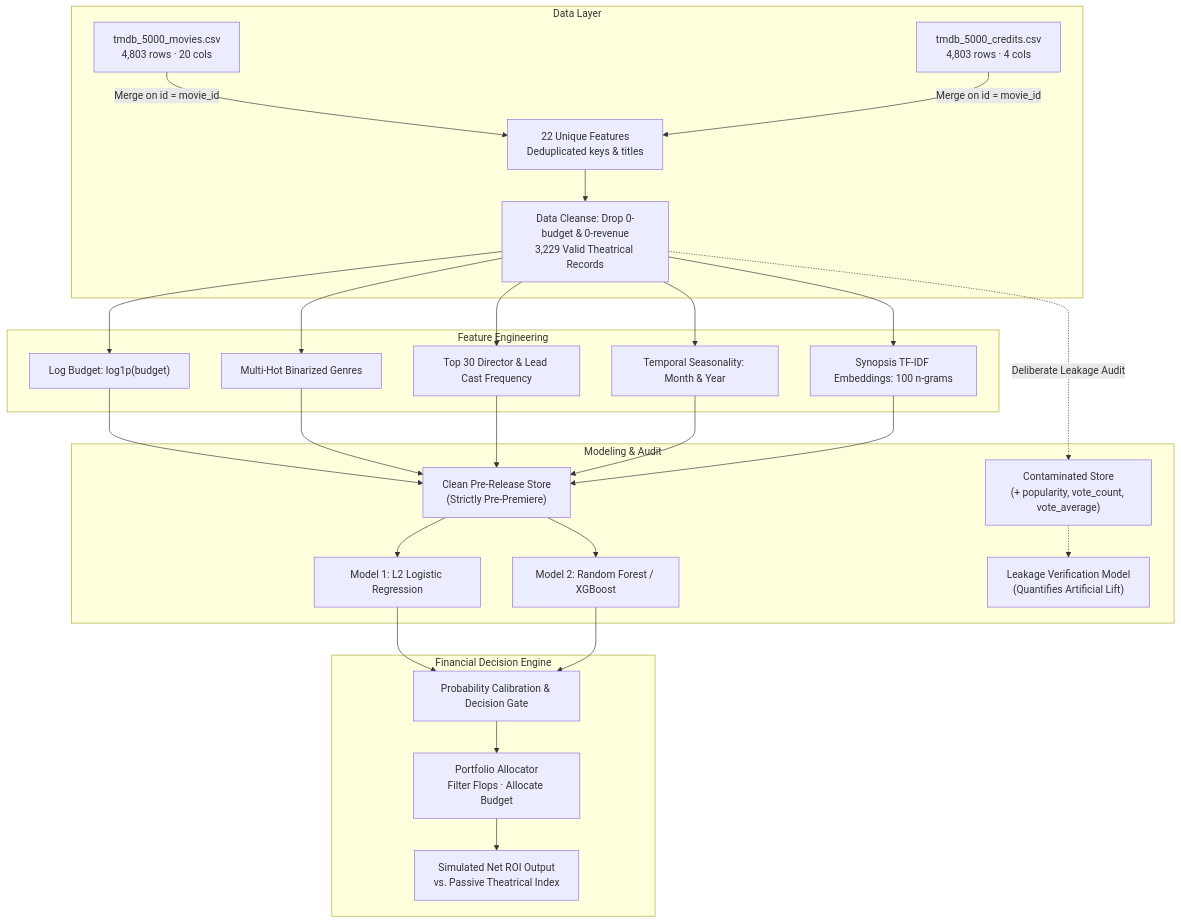
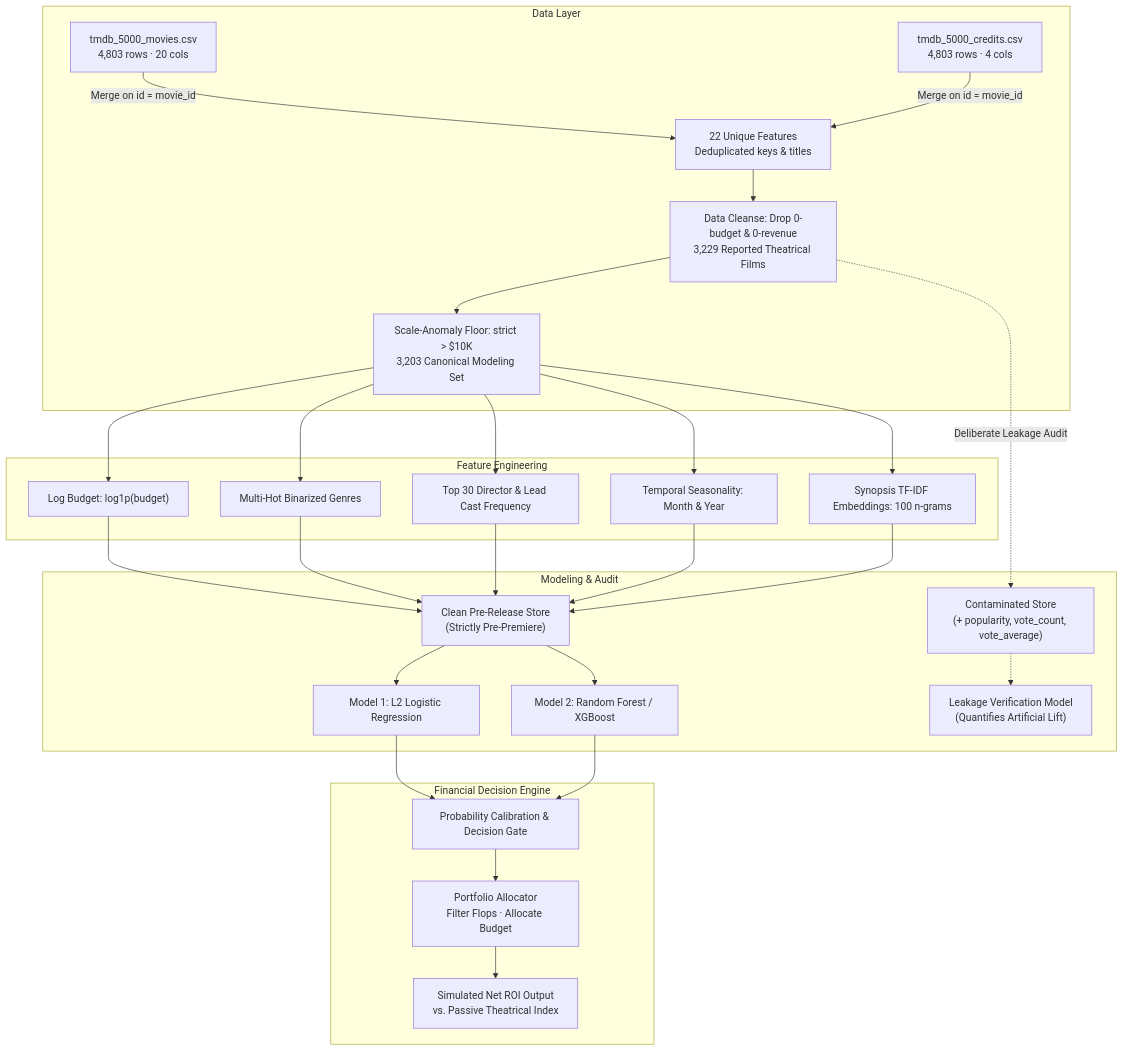
Before and after one commit to andreisugu/greenlight-ml: the diagram in README.md, drawn with Mermaid. The commit also changed other lines of this file and 4 other files, not shown here.

````diff
--- a/README.md
+++ b/README.md
@@ -115,32 +115,33 @@
 ```mermaid
 flowchart TD
     subgraph Data Layer
         A1[tmdb_5000_movies.csv<br/>4,803 rows · 20 cols] 
         A2[tmdb_5000_credits.csv<br/>4,803 rows · 4 cols]
         A1 & A2 -->|Merge on id = movie_id| B[22 Unique Features<br/>Deduplicated keys & titles]
-        B --> C[Data Cleanse: Drop 0-budget & 0-revenue<br/>3,229 Valid Theatrical Records]
+        B --> C[Data Cleanse: Drop 0-budget & 0-revenue<br/>3,229 Reported Theatrical Films]
+        C --> C2[Scale-Anomaly Floor: strict > $10K<br/>3,203 Canonical Modeling Set]
     end
 
     subgraph Feature Engineering
-        C --> D1["Log Budget: log1p(budget)"]
-        C --> D2[Multi-Hot Binarized Genres]
-        C --> D3[Top 30 Director & Lead Cast Frequency]
-        C --> D4[Temporal Seasonality: Month & Year]
-        C --> D5[Synopsis TF-IDF Embeddings: 100 n-grams]
+        C2 --> D1["Log Budget: log1p(budget)"]
+        C2 --> D2[Multi-Hot Binarized Genres]
+        C2 --> D3[Top 30 Director & Lead Cast Frequency]
+        C2 --> D4[Temporal Seasonality: Month & Year]
+        C2 --> D5[Synopsis TF-IDF Embeddings: 100 n-grams]
     end
 
     subgraph Modeling & Audit
         D1 & D2 & D3 & D4 & D5 --> E1["Clean Pre-Release Store<br/>(Strictly Pre-Premiere)"]
         E1 --> F1[Model 1: L2 Logistic Regression]
         E1 --> F2[Model 2: Random Forest / XGBoost]
         
         C -.->|Deliberate Leakage Audit| E2["Contaminated Store<br/>(+ popularity, vote_count, vote_average)"]
         E2 -.-> F3["Leakage Verification Model<br/>(Quantifies Artificial Lift)"]
     end
 
     subgraph Financial Decision Engine
         F1 & F2 --> G[Probability Calibration & Decision Gate]
         G --> H["Portfolio Allocator<br/>Filter Flops · Allocate Budget"]
         H --> I["Simulated Net ROI Output<br/>vs. Passive Theatrical Index"]
     end
 ```
````
